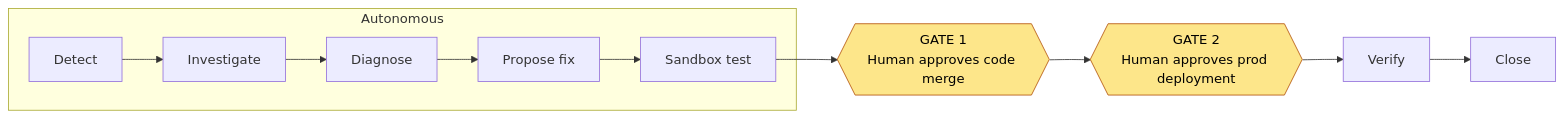
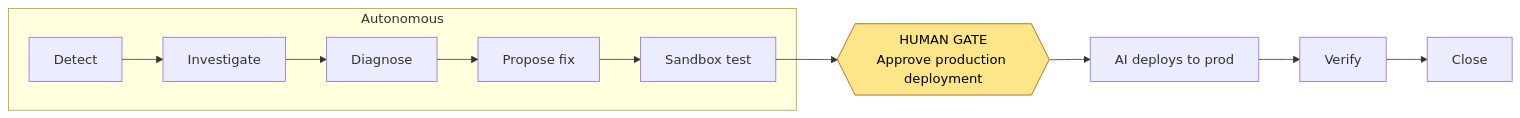
The seventh of 17 diagrams in artifacts/product_requirement.md (DiwasDev/AI-SRE), drawn with Mermaid before and after one commit. The commit also changed other lines of this file and 1 other file, not shown here.

Commit message:
Update approval flow to single-gate and support multi-provider LLM fallback

````diff
--- a/artifacts/product_requirement.md
+++ b/artifacts/product_requirement.md
@@ -207,17 +204,15 @@
 ```mermaid
 flowchart LR
     A["Detect"] --> B["Investigate"] --> C["Diagnose"] --> D["Propose fix"]
     D --> E["Sandbox test"]
-    E --> G1{{"GATE 1<br/>Human approves code merge"}}
-    G1 --> G2{{"GATE 2<br/>Human approves prod deployment"}}
-    G2 --> F["Verify"] --> H["Close"]
+    E --> G1{{"HUMAN GATE<br/>Approve production deployment"}}
+    G1 --> F["AI deploys to prod"] --> V["Verify"] --> H["Close"]
     subgraph Autonomous
         A
         B
         C
         D
         E
     end
     style G1 fill:#fde68a,stroke:#b45309,color:#000
-    style G2 fill:#fde68a,stroke:#b45309,color:#000
 ```
````
